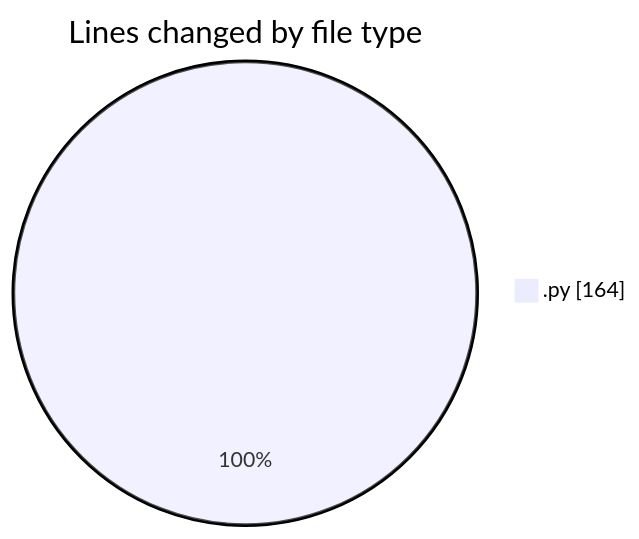
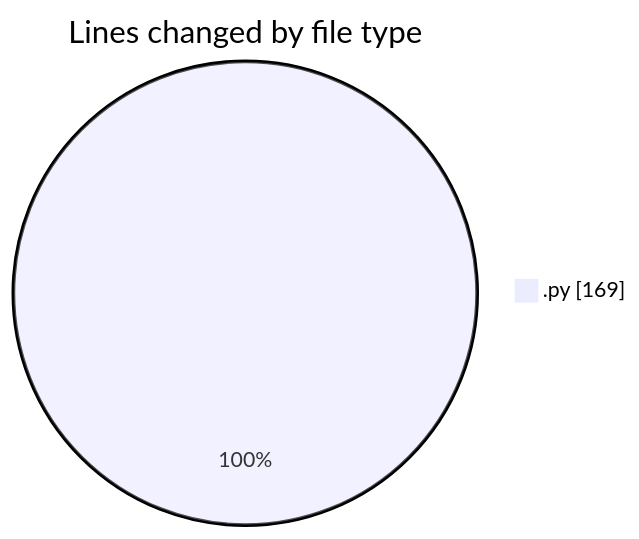
The first of 2 diagrams in 2025-03-21/myws__workspace_/README.md (MatusMokan/code-tracking), drawn with Mermaid before and after one commit. The commit also changed other lines of this file and 1 other file, not shown here.

````diff
--- a/2025-03-21/myws__workspace_/README.md
+++ b/2025-03-21/myws__workspace_/README.md
@@ -20,5 +20,5 @@
 ```mermaid
 pie showData
 title Lines changed by file type
-".py" : 164
+".py" : 169
 ```
````
